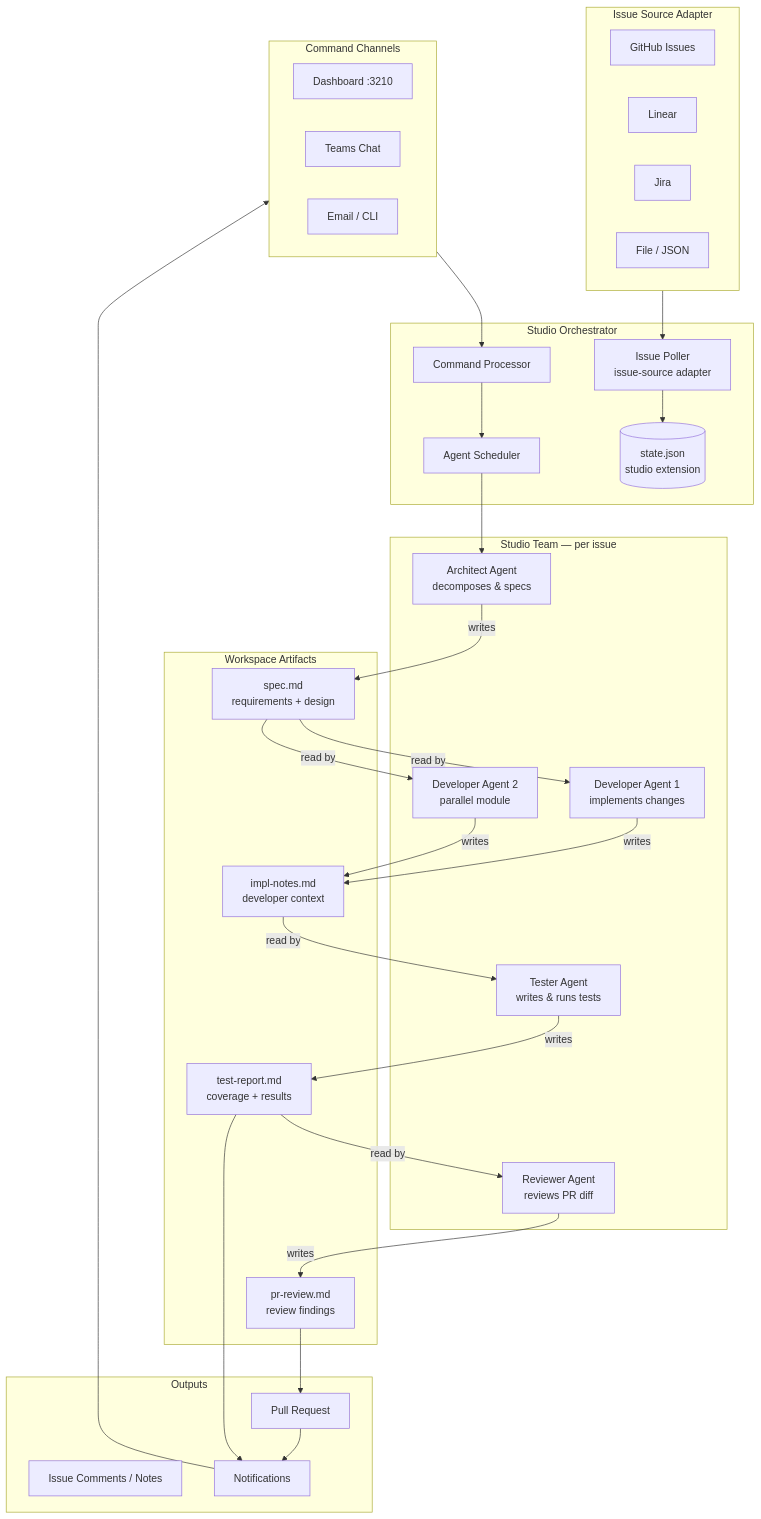
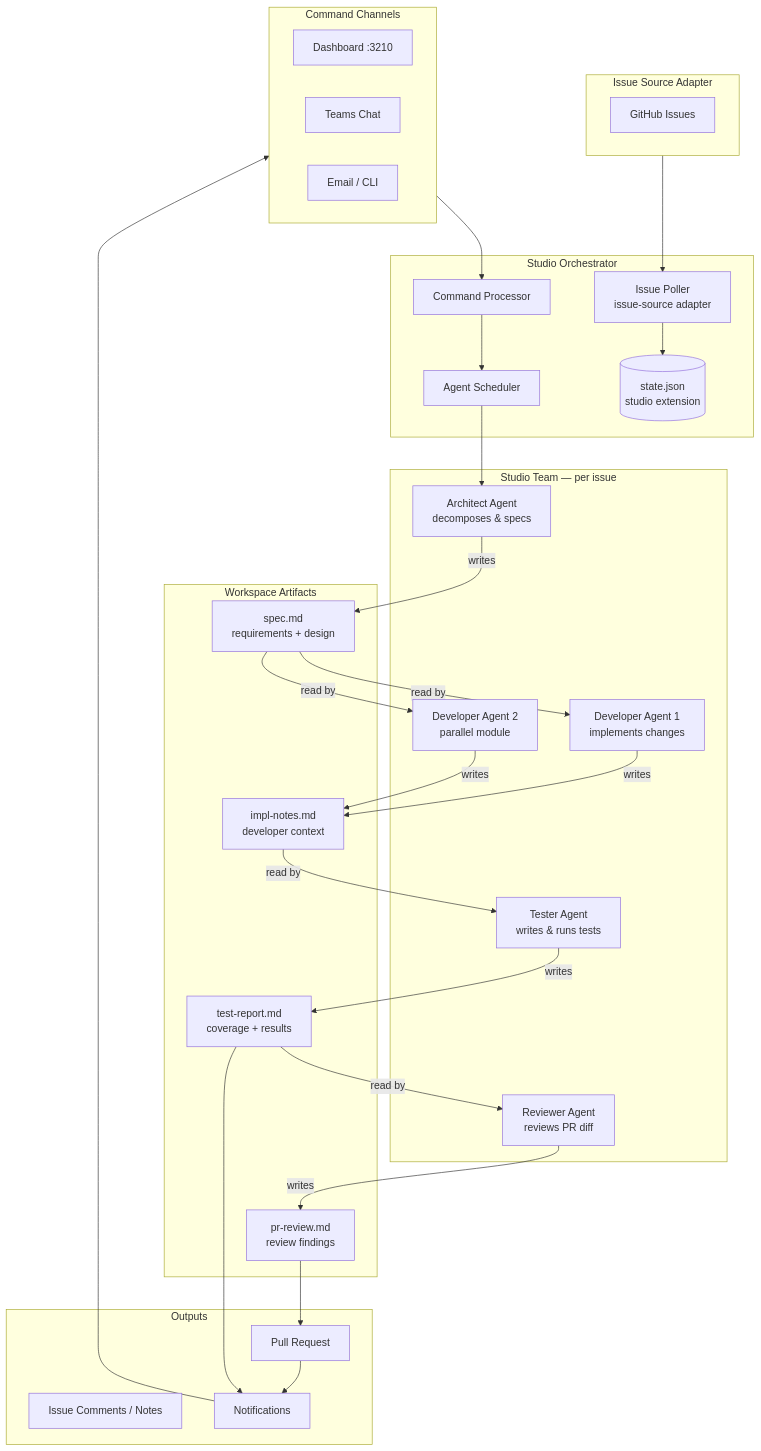
The diagram in docs/studio-design.md (cat-hoang/ai-studio), drawn with Mermaid before and after one commit. The commit also changed other lines of this file and 13 other files, not shown here.

````diff
--- a/docs/studio-design.md
+++ b/docs/studio-design.md
@@ -72,58 +72,55 @@
 ```mermaid
 flowchart TD
     subgraph Channels["Command Channels"]
         D[Dashboard :3210]
         T[Teams Chat]
         E[Email / CLI]
     end
 
     subgraph Orchestrator["Studio Orchestrator"]
         CMD[Command Processor]
         SCHED[Agent Scheduler]
         STATE[(state.json\nstudio extension)]
         POLL[Issue Poller\nissue-source adapter]
     end
 
     subgraph Studio["Studio Team — per issue"]
         ARCH[Architect Agent\ndecomposes & specs]
         DEV1[Developer Agent 1\nimplements changes]
         DEV2[Developer Agent 2\nparallel module]
         TEST[Tester Agent\nwrites & runs tests]
         REV[Reviewer Agent\nreviews PR diff]
     end
 
     subgraph Artifacts["Workspace Artifacts"]
         SPEC[spec.md\nrequirements + design]
         IMPL[impl-notes.md\ndeveloper context]
         TREPORT[test-report.md\ncoverage + results]
         PREPORT[pr-review.md\nreview findings]
     end
 
     subgraph Outputs["Outputs"]
         PR[Pull Request]
         NOTES[Issue Comments / Notes]
         NOTIFY[Notifications]
     end
 
     subgraph IssueSource["Issue Source Adapter"]
         GH[GitHub Issues]
-        LI[Linear]
-        JI[Jira]
-        FILE[File / JSON]
     end
 
     Channels --> CMD
     CMD --> SCHED
     POLL --> STATE
     SCHED --> ARCH
     ARCH -- "writes" --> SPEC
     SPEC -- "read by" --> DEV1 & DEV2
     DEV1 & DEV2 -- "writes" --> IMPL
     IMPL -- "read by" --> TEST
     TEST -- "writes" --> TREPORT
     TREPORT -- "read by" --> REV
     REV -- "writes" --> PREPORT
     PREPORT --> PR
     PR & TREPORT --> NOTIFY --> Channels
     IssueSource --> POLL
 ```
````
